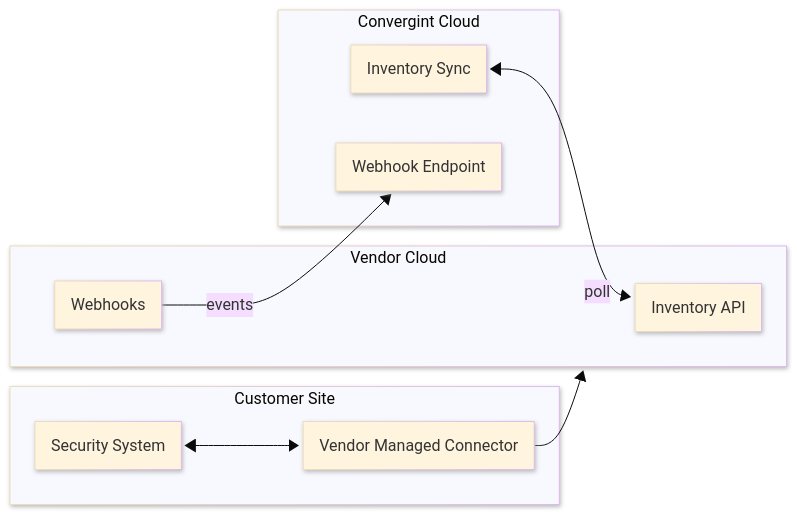
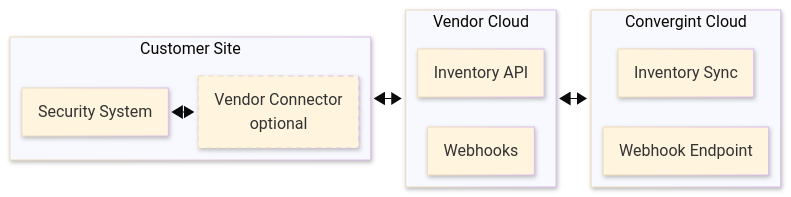
Before and after one commit to convergint/on-prem-to-cloud: the second of 5 diagrams in README.md, drawn with Mermaid.

````diff
--- a/README.md
+++ b/README.md
@@ -61,28 +61,29 @@
 ```mermaid
 ---
 config:
   theme: base
-  layout: dagre
+  layout: elk
   look: neo
 ---
 flowchart LR
-  subgraph customerSite [Customer Site]
-    securitySystem[Security System]
-    vendorConnector[Vendor Managed Connector]
+ subgraph customerSite["Customer Site"]
+        securitySystem["Security System"]
+        vendorConnector["Vendor Connector<br>optional"]
+  end
+ subgraph vendorCloud["Vendor Cloud"]
+        vendorInventoryApi["Inventory API"]
+        vendorWebhooks["Webhooks"]
+  end
+ subgraph convergintCloud["Convergint Cloud"]
+        convergintInventorySync["Inventory Sync"]
+        convergintWebhookEndpoint["Webhook Endpoint"]
+  end
     securitySystem <--> vendorConnector
-  end
+    customerSite <--> vendorCloud
+    vendorCloud L_vendorCloud_convergintCloud_0@<--> convergintCloud
 
-  subgraph vendorCloud [Vendor Cloud]
-    vendorInventoryApi[Inventory API]
-    vendorWebhooks[Webhooks]
-  end
+     vendorConnector:::optional
+    classDef optional stroke-dasharray:5 5
 
-  subgraph convergintCloud [Convergint Cloud]
-    convergintInventorySync[Inventory Sync]
-    convergintWebhookEndpoint[Webhook Endpoint]
-  end
-
-  vendorConnector --> vendorCloud
-  convergintInventorySync <--> |poll| vendorInventoryApi
-  vendorWebhooks -->|events| convergintWebhookEndpoint
+    L_vendorCloud_convergintCloud_0@{ curve: linear }
 ```
````
